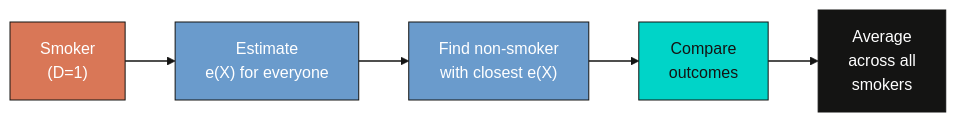
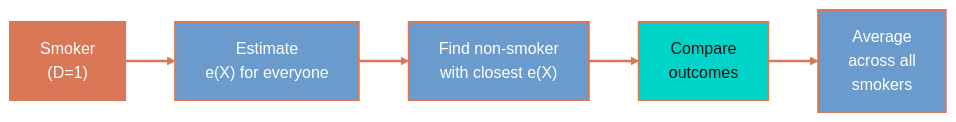
One commit to cmg777/starter-academic-v501 changed the fourth of 4 diagrams in content/post/stata_matching/index.md. Above: the diagram before and after it, drawn with Mermaid. The commit also changed other lines of this file, not shown here.

First line of the commit message:
Correct NNM family classification and harden Mermaid colors for both themes

````diff
--- a/content/post/stata_matching/index.md
+++ b/content/post/stata_matching/index.md
@@ -527,13 +541,13 @@
 ```mermaid
 flowchart LR
     S["Smoker<br/>(D=1)"] --> P["Estimate<br/>e(X) for everyone"]
     P --> N["Find non-smoker<br/>with closest e(X)"]
     N --> C["Compare<br/>outcomes"]
     C --> A["Average<br/>across all<br/>smokers"]
-    style S fill:#d97757,stroke:#141413,color:#fff
-    style P fill:#6a9bcc,stroke:#141413,color:#fff
-    style N fill:#6a9bcc,stroke:#141413,color:#fff
-    style C fill:#00d4c8,stroke:#141413,color:#141413
-    style A fill:#141413,stroke:#141413,color:#fff
-    linkStyle 0,1,2,3 stroke:#141413,stroke-width:1.5px
+    style S fill:#d97757,stroke:#d97757,stroke-width:2px,color:#fff
+    style P fill:#6a9bcc,stroke:#d97757,stroke-width:2px,color:#fff
+    style N fill:#6a9bcc,stroke:#d97757,stroke-width:2px,color:#fff
+    style C fill:#00d4c8,stroke:#d97757,stroke-width:2px,color:#141413
+    style A fill:#6a9bcc,stroke:#d97757,stroke-width:2px,color:#fff
+    linkStyle 0,1,2,3 stroke:#d97757,stroke-width:2.5px
 ```
````
